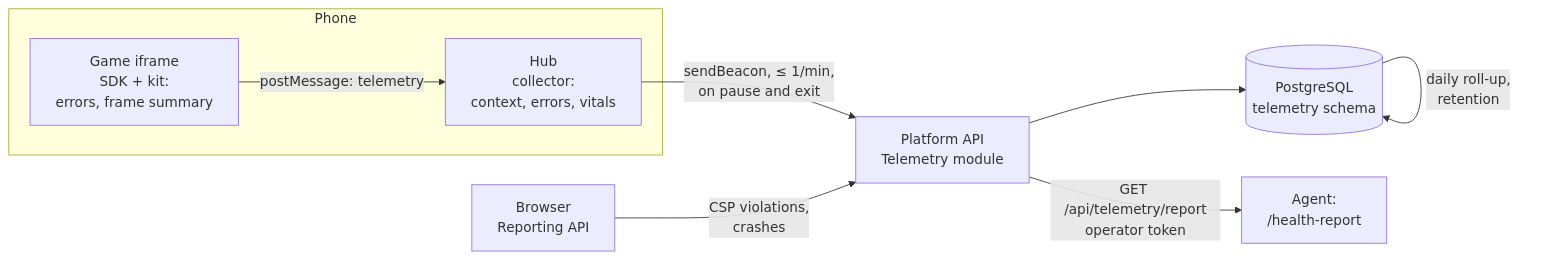
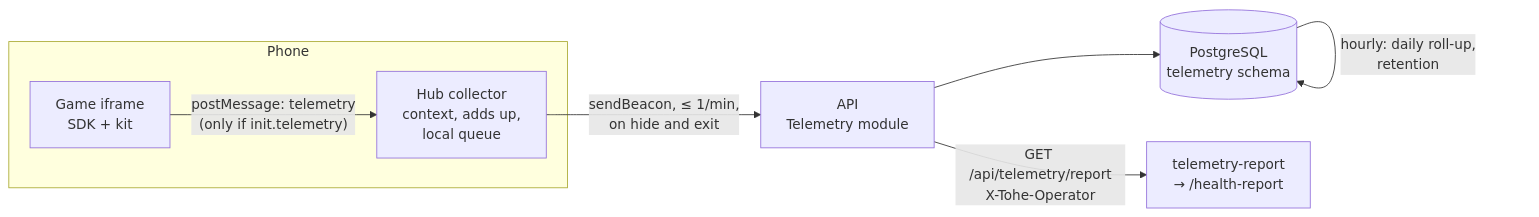
Before and after one commit to vinh466/tohe-play: the diagram in docs/architecture/telemetry.md, drawn with Mermaid. The commit also changed other lines of this file and 86 other files, not shown here.

````diff
--- a/docs/architecture/telemetry.md
+++ b/docs/architecture/telemetry.md
@@ -90,13 +90,12 @@
 ```mermaid
 flowchart LR
   subgraph phone [Phone]
-    game[Game iframe<br/>SDK + kit:<br/>errors, frame summary]
-    hub[Hub<br/>collector:<br/>context, errors, vitals]
+    game[Game iframe<br/>SDK + kit]
+    hub[Hub collector<br/>context, adds up,<br/>local queue]
   end
-  game -- "postMessage: telemetry" --> hub
-  hub -- "sendBeacon, ≤ 1/min,<br/>on pause and exit" --> api[Platform API<br/>Telemetry module]
-  browser[Browser<br/>Reporting API] -- "CSP violations,<br/>crashes" --> api
+  game -- "postMessage: telemetry<br/>(only if init.telemetry)" --> hub
+  hub -- "sendBeacon, ≤ 1/min,<br/>on hide and exit" --> api[API<br/>Telemetry module]
   api --> db[(PostgreSQL<br/>telemetry schema)]
-  db -- "daily roll-up,<br/>retention" --> db
-  api -- "GET /api/telemetry/report<br/>operator token" --> agent[Agent:<br/>/health-report]
+  db -- "hourly: daily roll-up,<br/>retention" --> db
+  api -- "GET /api/telemetry/report<br/>X-Tohe-Operator" --> tool[telemetry-report<br/>→ /health-report]
 ```
````
